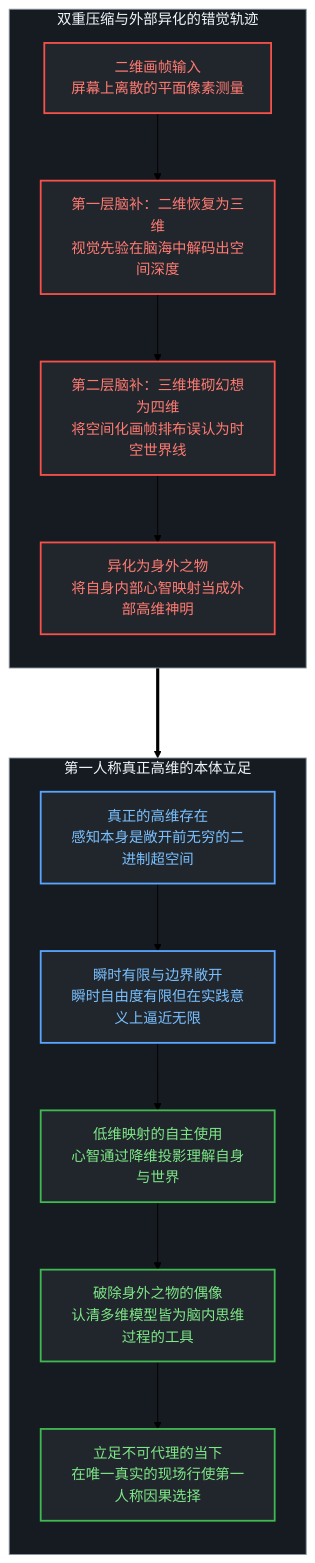
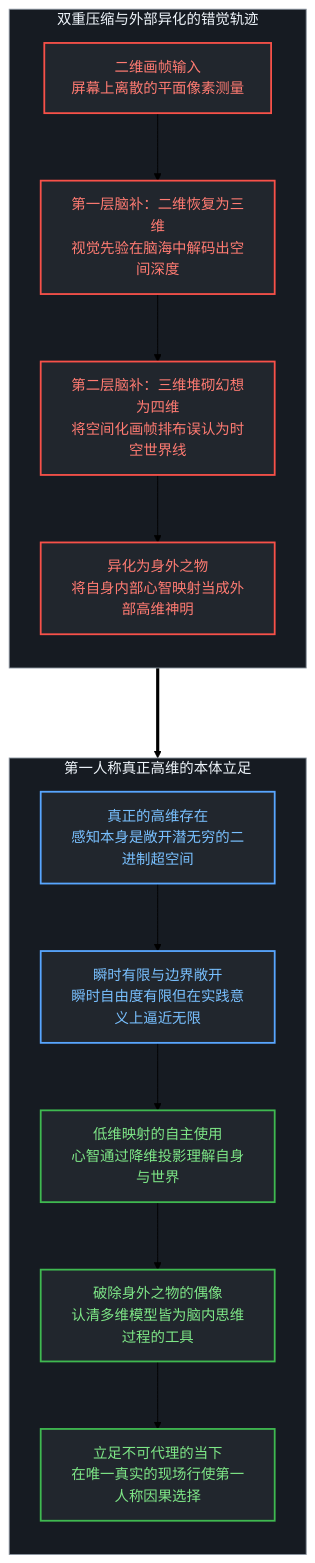
Before and after one commit to powerpig99/not-a-toe: the first of 4 diagrams in content/posts/the-myth-of-the-four-dimensional-deer-and-the-present-model.md, drawn with Mermaid (forest theme). The commit also changed other lines of this file and 3 other files, not shown here.

````diff
--- a/content/posts/the-myth-of-the-four-dimensional-deer-and-the-present-model.md
+++ b/content/posts/the-myth-of-the-four-dimensional-deer-and-the-present-model.md
@@ -21,30 +21,30 @@
 ```mermaid
 graph TD
     classDef default fill:#0d1117,stroke:#30363d,stroke-width:1px,color:#c9d1d9;
     classDef canvas fill:#161b22,stroke:#8b949e,stroke-width:1px,color:#f0f6fc;
     classDef errNode fill:#21262d,stroke:#f85149,stroke-width:2px,color:#ff7b72;
     classDef actNode fill:#21262d,stroke:#58a6ff,stroke-width:2px,color:#79c0ff;
     classDef resNode fill:#21262d,stroke:#3fb950,stroke-width:2px,color:#7ee787;
 
     subgraph ErrorTrack ["双重压缩与外部异化的错觉轨迹"]
         direction TB
         E1["二维画帧输入<br/>屏幕上离散的平面像素测量"] --> E2["第一层脑补：二维恢复为三维<br/>视觉先验在脑海中解码出空间深度"]
         E2 --> E3["第二层脑补：三维堆砌幻想为四维<br/>将空间化画帧排布误认为时空世界线"]
         E3 --> E4["异化为身外之物<br/>将自身内部心智映射当成外部高维神明"]
     end
 
     ErrorTrack ===> RealityTrack
 
     subgraph RealityTrack ["第一人称真正高维的本体立足"]
         direction TB
-        R1["真正的高维存在<br/>感知本身是敞开前无穷的二进制超空间"] --> R2["瞬时有限与边界敞开<br/>瞬时自由度有限但在实践意义上逼近无限"]
+        R1["真正的高维存在<br/>感知本身是敞开潜无穷的二进制超空间"] --> R2["瞬时有限与边界敞开<br/>瞬时自由度有限但在实践意义上逼近无限"]
         R2 --> R3["低维映射的自主使用<br/>心智通过降维投影理解自身与世界"]
         R3 --> R4["破除身外之物的偶像<br/>认清多维模型皆为脑内思维过程的工具"]
         R4 --> R5["立足不可代理的当下<br/>在唯一真实的现场行使第一人称因果选择"]
     end
 
     class ErrorTrack,RealityTrack canvas;
     class E1,E2,E3,E4 errNode;
     class R1,R2 actNode;
     class R3,R4,R5 resNode;
 ```
````
